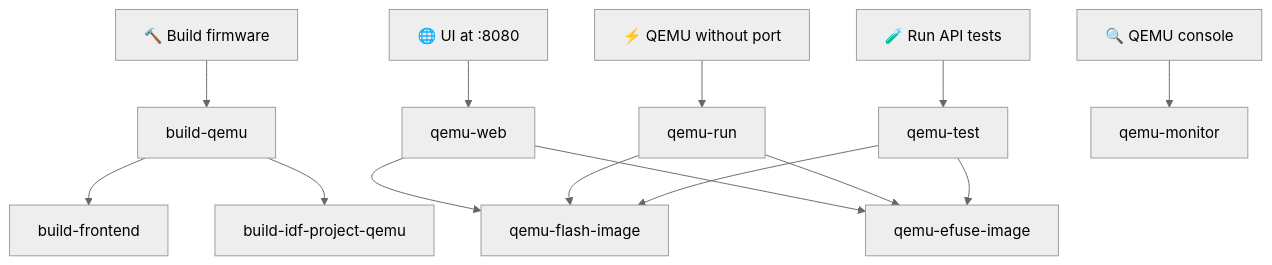
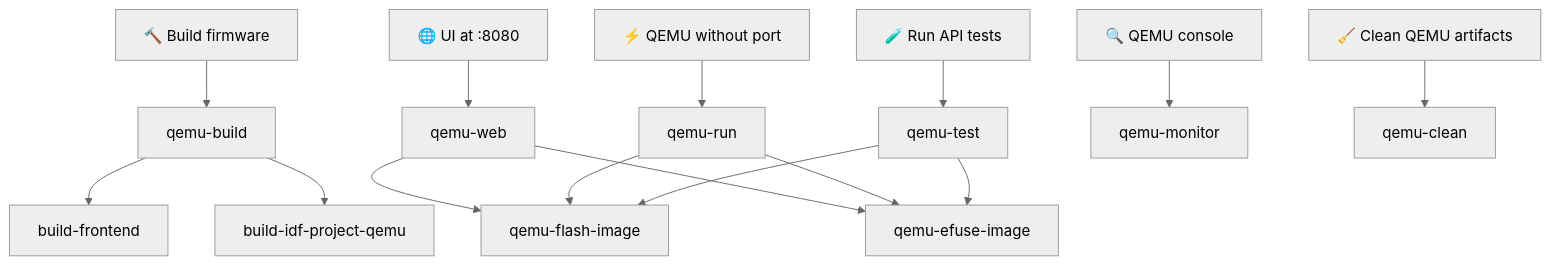
One commit to wirenboard/wb-mge changed the diagram in README_QEMU.md. Above: the diagram before and after it, drawn with Mermaid (neutral theme). The commit also changed other lines of this file and 6 other files, not shown here.

First line of the commit message:
build(qemu): rename build-qemu to qemu-build and docs

````diff
--- a/README_QEMU.md
+++ b/README_QEMU.md
@@ -29,18 +29,19 @@
 ```mermaid
 graph TD
-    B["🔨 Build firmware"] --> build-qemu
+    B["🔨 Build firmware"] --> qemu-build
     W["🌐 UI at :8080"] --> qemu-web
     T["🧪 Run API tests"] --> qemu-test
-    R["⚡ QEMU without port "] --> qemu-run
+    R["⚡ QEMU without port"] --> qemu-run
     M["🔍 QEMU console"] --> qemu-monitor
+    C["🧹 Clean QEMU artifacts"] --> qemu-clean
 
-    build-qemu --> build-frontend
-    build-qemu --> build-idf-project-qemu
+    qemu-build --> build-frontend
+    qemu-build --> build-idf-project-qemu
 
     qemu-web --> qemu-flash-image
     qemu-web --> qemu-efuse-image
     qemu-run --> qemu-flash-image
     qemu-run --> qemu-efuse-image
     qemu-test --> qemu-flash-image
     qemu-test --> qemu-efuse-image
 ```
````
